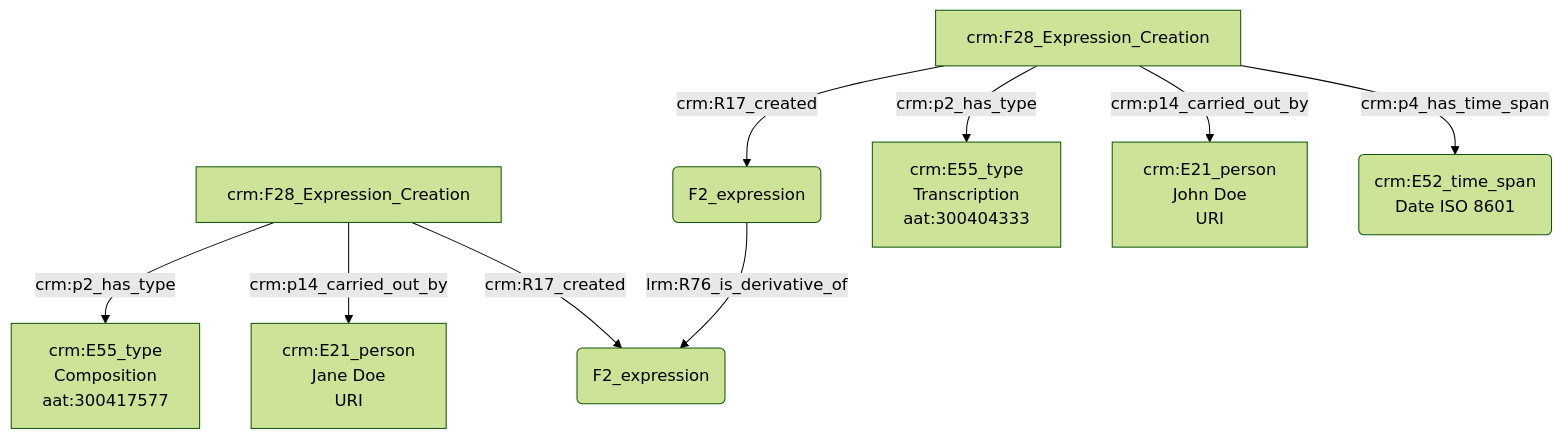
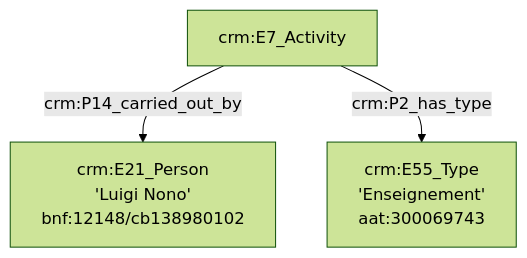
The diagram in Exemple1.md (GusBraud/OntoMatchGameGus), drawn with Mermaid (forest theme) before and after one commit.

````diff
--- a/Exemple1.md
+++ b/Exemple1.md
@@ -1,19 +1,12 @@
 ```mermaid
 graph TD;
 
-E[crm:F28_Expression_Creation] --> |crm:p2_has_type| G[crm:E55_type<br>Composition<br>aat:300417577]
-E[crm:F28_Expression_Creation] --> |crm:p14_carried_out_by| F[crm:E21_person<br>Jane Doe<br>URI]
-E[crm:F28_Expression_Creation] --> |crm:R17_created| M(F2_expression)
 
-N(F2_expression) --> |lrm:R76_is_derivative_of| M(F2_expression)
-A[crm:F28_Expression_Creation] --> |crm:R17_created| N(F2_expression)
-
-A[crm:F28_Expression_Creation] --> |crm:p2_has_type| B[crm:E55_type<br>Transcription<br>aat:300404333]
-A[crm:F28_Expression_Creation] --> |crm:p14_carried_out_by| C[crm:E21_person<br>John Doe<br>URI]
-A[crm:F28_Expression_Creation] --> |crm:p4_has_time_span| I(crm:E52_time_span<br>Date ISO 8601)
+A[crm:E7_Activity] --> |crm:P14_carried_out_by| B[crm:E21_Person<br>'Luigi Nono'<br>bnf:12148/cb138980102]
+A[crm:E7_Activity] --> |crm:P2_has_type| C[crm:E55_Type<br>'Enseignement'<br>aat:300069743]
 
 
 
 
 
 ```
````
